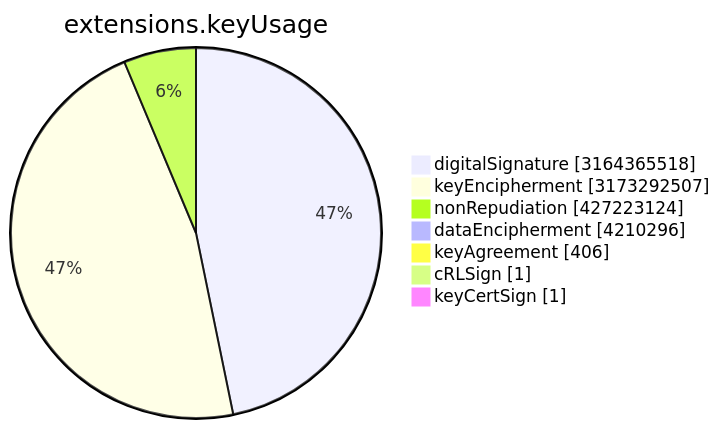
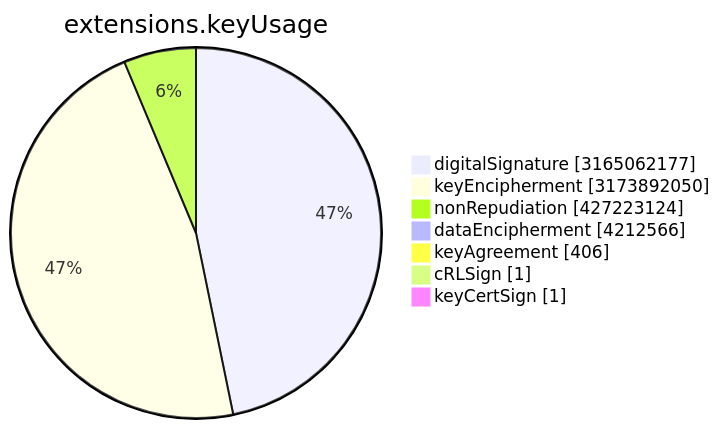
The sixth of 15 diagrams in TOTAL/README.md (christiankrug/ctmonitor_visualization), drawn with Mermaid before and after one commit. The commit also changed other lines of this file, not shown here.

````diff
--- a/TOTAL/README.md
+++ b/TOTAL/README.md
@@ -3077,11 +3077,11 @@
 ```mermaid
 pie showData
 title extensions.keyUsage
-"digitalSignature" :3164365518
-"keyEncipherment" :3173292507
+"digitalSignature" :3165062177
+"keyEncipherment" :3173892050
 "nonRepudiation" :427223124
-"dataEncipherment" :4210296
+"dataEncipherment" :4212566
 "keyAgreement" :406
 "cRLSign" :1
 "keyCertSign" :1
 ```
````
